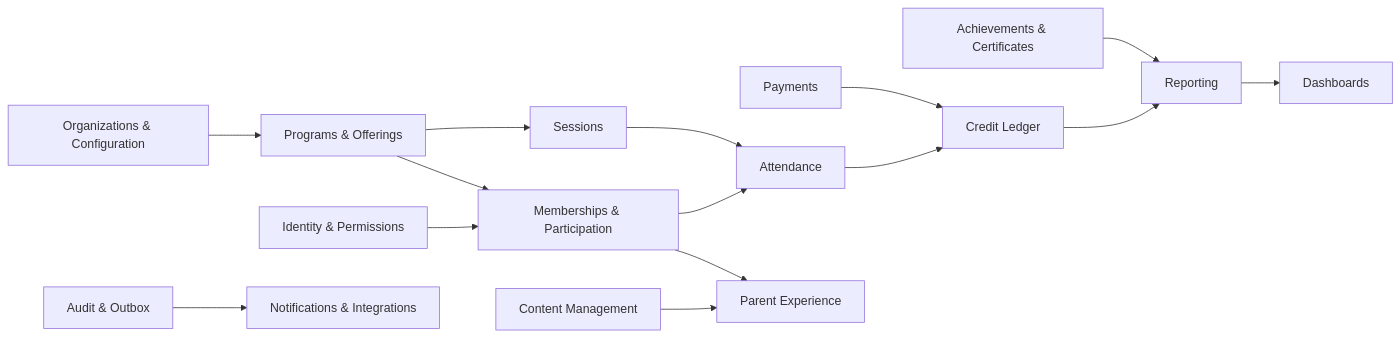
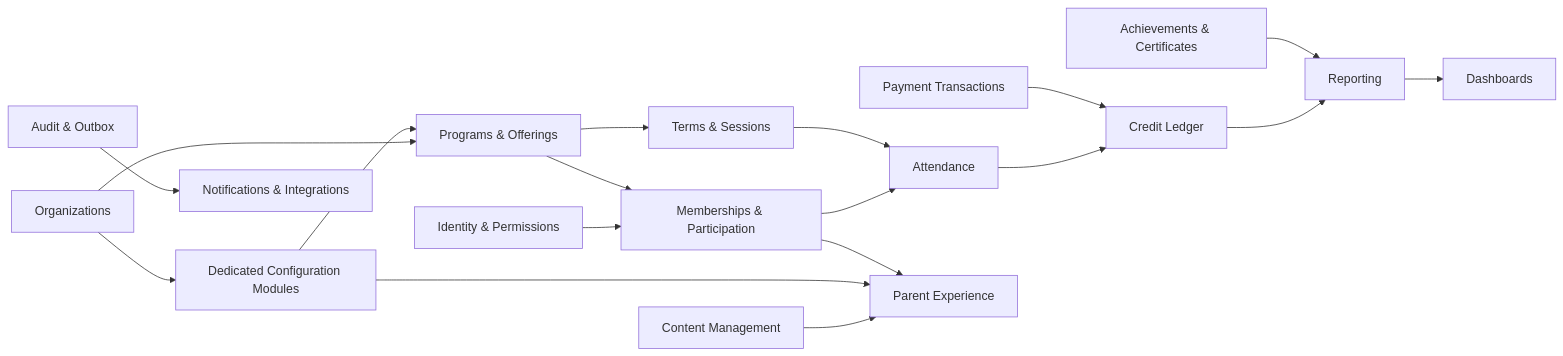
Before and after one commit to harekrishnamovementguntur-dev/gokulam360: the third of 3 diagrams in docs/architecture/diagrams.md, drawn with Mermaid. The commit also changed other lines of this file, not shown here.

Commit message:
docs: extend domain and module diagrams

````diff
--- a/docs/architecture/diagrams.md
+++ b/docs/architecture/diagrams.md
@@ -46,17 +56,20 @@
 ```mermaid
 flowchart LR
   Identity["Identity & Permissions"] --> Memberships
-  Organizations["Organizations & Configuration"] --> Programs
-  Programs["Programs & Offerings"] --> Memberships
-  Programs --> Sessions
-  Memberships["Memberships & Participation"] --> Attendance
-  Sessions["Sessions"] --> Attendance
-  Attendance["Attendance"] --> Credits
-  Payments["Payments"] --> Credits
-  Credits["Credit Ledger"] --> Reporting
+  Organizations["Organizations"] --> Config["Dedicated Configuration Modules"]
+  Organizations --> Programs
+  Config --> Programs["Programs & Offerings"]
+  Programs --> Sessions["Terms & Sessions"]
+  Programs --> Memberships["Memberships & Participation"]
+  Memberships --> Attendance
+  Sessions --> Attendance["Attendance"]
+  Attendance --> Credits["Credit Ledger"]
+  Payments["Payment Transactions"] --> Credits
+  Credits --> Reporting["Reporting"]
   Content["Content Management"] --> ParentExperience["Parent Experience"]
+  Config --> ParentExperience
   Memberships --> ParentExperience
   Achievements["Achievements & Certificates"] --> Reporting
   Audit["Audit & Outbox"] --> Notifications["Notifications & Integrations"]
-  Reporting["Reporting"] --> Dashboards["Dashboards"]
+  Reporting --> Dashboards["Dashboards"]
 ```
````
